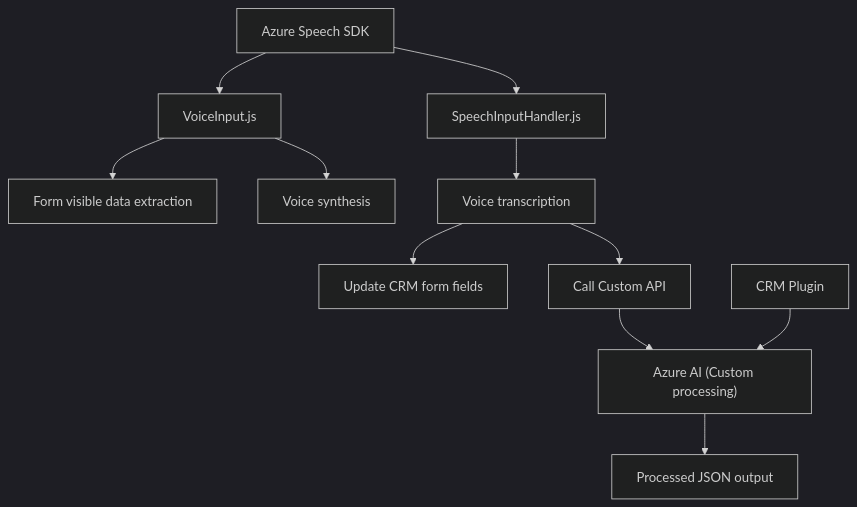
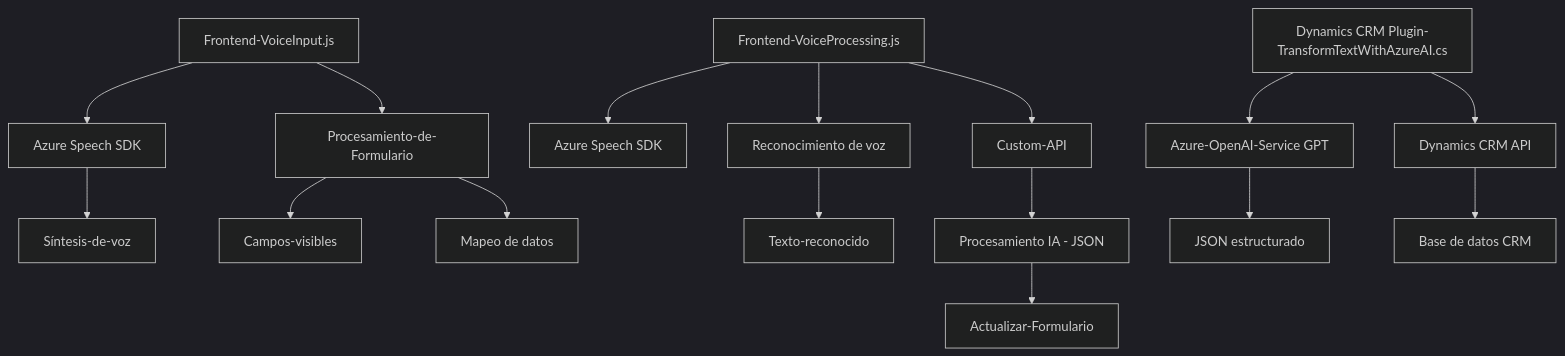
One commit to blopezdm/NETCORE_BILBAO2025 changed the diagram in README.md. Above: the diagram before and after it, drawn with Mermaid (dark theme). The commit also changed other lines of this file, not shown here.

Commit message:
Actualizar análisis global de la solución con IA

````diff
--- a/README.md
+++ b/README.md
@@ -52,13 +42,20 @@
 ```mermaid
 graph TD
-    A["Azure Speech SDK"] --> B["VoiceInput.js"]
-    A --> C["SpeechInputHandler.js"]
-    B --> D["Form visible data extraction"]
-    B --> E["Voice synthesis"]
-    C --> F["Voice transcription"]
-    F --> G["Update CRM form fields"]
-    F --> H["Call Custom API"]
-    H --> I["Azure AI (Custom processing)"]
-    J["CRM Plugin"] --> I
-    I --> K["Processed JSON output"]
+  A["Frontend-VoiceInput.js"] --> B["Azure Speech SDK"]
+  A --> C["Procesamiento-de-Formulario"]
+  B --> D["Síntesis-de-voz"]
+  C --> E["Campos-visibles"]
+  C --> F["Mapeo de datos"]
+  
+  G["Frontend-VoiceProcessing.js"] --> H["Azure Speech SDK"]
+  G --> I["Reconocimiento de voz"]
+  G --> J["Custom-API"]
+  I --> K["Texto-reconocido"]
+  J --> L["Procesamiento IA - JSON"]
+  L --> M["Actualizar-Formulario"]
+
+  N["Dynamics CRM Plugin-TransformTextWithAzureAI.cs"] --> O["Dynamics CRM API"]
+  N --> P["Azure-OpenAI-Service GPT"]
+  P --> Q["JSON estructurado"]
+  O --> R["Base de datos CRM"]
 ```
````
